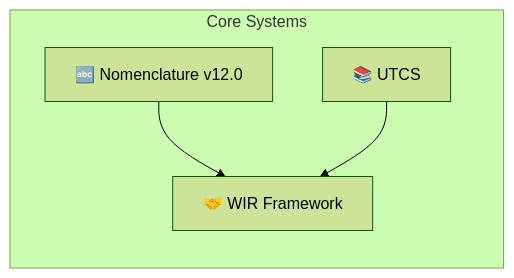
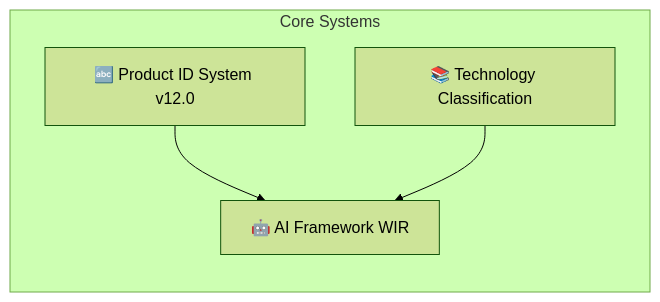
One commit to Robbbo-T/A-Q-U-A_V changed the fourth of 4 diagrams in README.md. Above: the diagram before and after it, drawn with Mermaid (forest theme). The commit also changed other lines of this file, not shown here.

````diff
--- a/README.md
+++ b/README.md
@@ -208,9 +202,9 @@
 ```mermaid
 graph LR
   subgraph Core Systems
-    NOMS[🔤 Nomenclature v12.0]
-    UTCS[📚 UTCS]
-    WIR[🤝 WIR Framework]
+    ID[🔤 Product ID System v12.0]
+    TECH[📚 Technology Classification]
+    WIR[🤖 AI Framework WIR]
   end
-  NOMS & UTCS --> WIR
+  ID & TECH --> WIR
 ```
````
